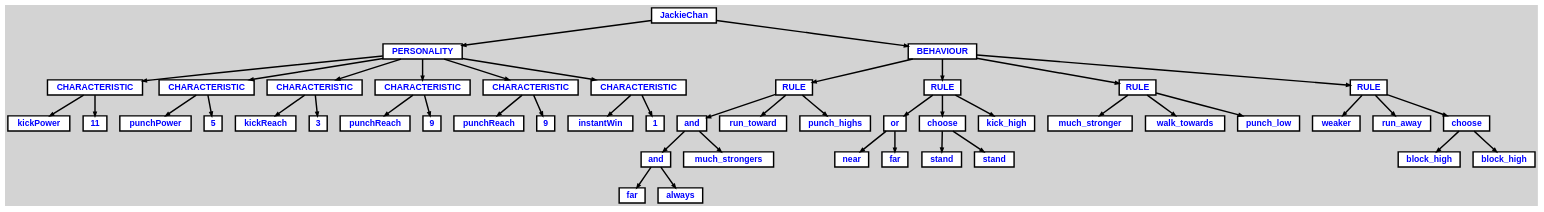
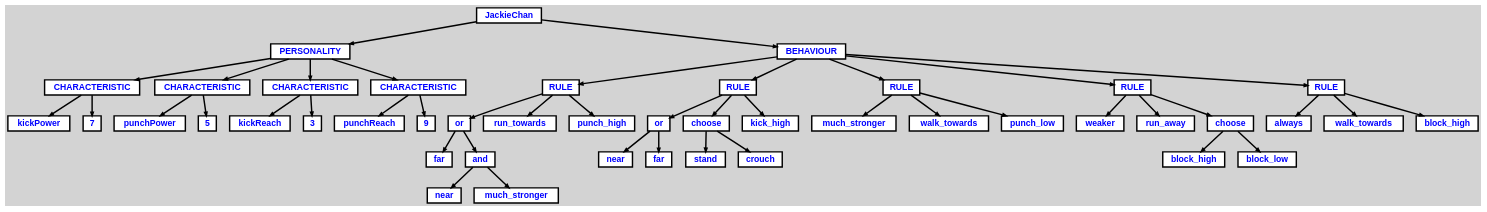
The diagram in mrjorrit/output/AST.dot (tvdstorm/sea-of-saf), drawn with Graphviz before and after one commit. The commit also changed 11 other files, not shown here.

```diff
--- a/mrjorrit/output/AST.dot
+++ b/mrjorrit/output/AST.dot
@@ -1,121 +1,116 @@
 digraph {
 
 	ordering=out;
 	ranksep=.4;
 	bgcolor="lightgrey"; node [shape=box, fixedsize=false, fontsize=12, fontname="Helvetica-bold", fontcolor="blue"
 		width=.25, height=.25, color="black", fillcolor="white", style="filled, solid, bold"];
 	edge [arrowsize=.5, color="black", style="bold"]
 
   n0 [label="JackieChan"];
   n1 [label="PERSONALITY"];
   n1 [label="PERSONALITY"];
   n2 [label="CHARACTERISTIC"];
   n2 [label="CHARACTERISTIC"];
   n3 [label="kickPower"];
-  n4 [label="11"];
+  n4 [label="7"];
   n5 [label="CHARACTERISTIC"];
   n5 [label="CHARACTERISTIC"];
   n6 [label="punchPower"];
   n7 [label="5"];
   n8 [label="CHARACTERISTIC"];
   n8 [label="CHARACTERISTIC"];
   n9 [label="kickReach"];
   n10 [label="3"];
   n11 [label="CHARACTERISTIC"];
   n11 [label="CHARACTERISTIC"];
   n12 [label="punchReach"];
   n13 [label="9"];
-  n14 [label="CHARACTERISTIC"];
-  n14 [label="CHARACTERISTIC"];
-  n15 [label="punchReach"];
-  n16 [label="9"];
-  n17 [label="CHARACTERISTIC"];
-  n17 [label="CHARACTERISTIC"];
-  n18 [label="instantWin"];
-  n19 [label="1"];
-  n20 [label="BEHAVIOUR"];
-  n20 [label="BEHAVIOUR"];
-  n21 [label="RULE"];
-  n21 [label="RULE"];
-  n22 [label="and"];
-  n22 [label="and"];
-  n23 [label="and"];
-  n23 [label="and"];
-  n24 [label="far"];
-  n25 [label="always"];
-  n26 [label="much_strongers"];
-  n27 [label="run_toward"];
-  n28 [label="punch_highs"];
-  n29 [label="RULE"];
-  n29 [label="RULE"];
-  n30 [label="or"];
-  n30 [label="or"];
-  n31 [label="near"];
-  n32 [label="far"];
-  n33 [label="choose"];
-  n33 [label="choose"];
-  n34 [label="stand"];
-  n35 [label="stand"];
-  n36 [label="kick_high"];
-  n37 [label="RULE"];
-  n37 [label="RULE"];
-  n38 [label="much_stronger"];
-  n39 [label="walk_towards"];
-  n40 [label="punch_low"];
+  n14 [label="BEHAVIOUR"];
+  n14 [label="BEHAVIOUR"];
+  n15 [label="RULE"];
+  n15 [label="RULE"];
+  n16 [label="or"];
+  n16 [label="or"];
+  n17 [label="far"];
+  n18 [label="and"];
+  n18 [label="and"];
+  n19 [label="near"];
+  n20 [label="much_stronger"];
+  n21 [label="run_towards"];
+  n22 [label="punch_high"];
+  n23 [label="RULE"];
+  n23 [label="RULE"];
+  n24 [label="or"];
+  n24 [label="or"];
+  n25 [label="near"];
+  n26 [label="far"];
+  n27 [label="choose"];
+  n27 [label="choose"];
+  n28 [label="stand"];
+  n29 [label="crouch"];
+  n30 [label="kick_high"];
+  n31 [label="RULE"];
+  n31 [label="RULE"];
+  n32 [label="much_stronger"];
+  n33 [label="walk_towards"];
+  n34 [label="punch_low"];
+  n35 [label="RULE"];
+  n35 [label="RULE"];
+  n36 [label="weaker"];
+  n37 [label="run_away"];
+  n38 [label="choose"];
+  n38 [label="choose"];
+  n39 [label="block_high"];
+  n40 [label="block_low"];
   n41 [label="RULE"];
   n41 [label="RULE"];
-  n42 [label="weaker"];
-  n43 [label="run_away"];
-  n44 [label="choose"];
-  n44 [label="choose"];
-  n45 [label="block_high"];
-  n46 [label="block_high"];
+  n42 [label="always"];
+  n43 [label="walk_towards"];
+  n44 [label="block_high"];
 
   n0 -> n1 // "JackieChan" -> "PERSONALITY"
   n1 -> n2 // "PERSONALITY" -> "CHARACTERISTIC"
   n2 -> n3 // "CHARACTERISTIC" -> "kickPower"
-  n2 -> n4 // "CHARACTERISTIC" -> "11"
+  n2 -> n4 // "CHARACTERISTIC" -> "7"
   n1 -> n5 // "PERSONALITY" -> "CHARACTERISTIC"
   n5 -> n6 // "CHARACTERISTIC" -> "punchPower"
   n5 -> n7 // "CHARACTERISTIC" -> "5"
   n1 -> n8 // "PERSONALITY" -> "CHARACTERISTIC"
   n8 -> n9 // "CHARACTERISTIC" -> "kickReach"
   n8 -> n10 // "CHARACTERISTIC" -> "3"
   n1 -> n11 // "PERSONALITY" -> "CHARACTERISTIC"
   n11 -> n12 // "CHARACTERISTIC" -> "punchReach"
   n11 -> n13 // "CHARACTERISTIC" -> "9"
-  n1 -> n14 // "PERSONALITY" -> "CHARACTERISTIC"
-  n14 -> n15 // "CHARACTERISTIC" -> "punchReach"
-  n14 -> n16 // "CHARACTERISTIC" -> "9"
-  n1 -> n17 // "PERSONALITY" -> "CHARACTERISTIC"
-  n17 -> n18 // "CHARACTERISTIC" -> "instantWin"
-  n17 -> n19 // "CHARACTERISTIC" -> "1"
-  n0 -> n20 // "JackieChan" -> "BEHAVIOUR"
-  n20 -> n21 // "BEHAVIOUR" -> "RULE"
-  n21 -> n22 // "RULE" -> "and"
-  n22 -> n23 // "and" -> "and"
-  n23 -> n24 // "and" -> "far"
-  n23 -> n25 // "and" -> "always"
-  n22 -> n26 // "and" -> "much_strongers"
-  n21 -> n27 // "RULE" -> "run_toward"
-  n21 -> n28 // "RULE" -> "punch_highs"
-  n20 -> n29 // "BEHAVIOUR" -> "RULE"
-  n29 -> n30 // "RULE" -> "or"
-  n30 -> n31 // "or" -> "near"
-  n30 -> n32 // "or" -> "far"
-  n29 -> n33 // "RULE" -> "choose"
-  n33 -> n34 // "choose" -> "stand"
-  n33 -> n35 // "choose" -> "stand"
-  n29 -> n36 // "RULE" -> "kick_high"
-  n20 -> n37 // "BEHAVIOUR" -> "RULE"
-  n37 -> n38 // "RULE" -> "much_stronger"
-  n37 -> n39 // "RULE" -> "walk_towards"
-  n37 -> n40 // "RULE" -> "punch_low"
-  n20 -> n41 // "BEHAVIOUR" -> "RULE"
-  n41 -> n42 // "RULE" -> "weaker"
-  n41 -> n43 // "RULE" -> "run_away"
-  n41 -> n44 // "RULE" -> "choose"
-  n44 -> n45 // "choose" -> "block_high"
-  n44 -> n46 // "choose" -> "block_high"
+  n0 -> n14 // "JackieChan" -> "BEHAVIOUR"
+  n14 -> n15 // "BEHAVIOUR" -> "RULE"
+  n15 -> n16 // "RULE" -> "or"
+  n16 -> n17 // "or" -> "far"
+  n16 -> n18 // "or" -> "and"
+  n18 -> n19 // "and" -> "near"
+  n18 -> n20 // "and" -> "much_stronger"
+  n15 -> n21 // "RULE" -> "run_towards"
+  n15 -> n22 // "RULE" -> "punch_high"
+  n14 -> n23 // "BEHAVIOUR" -> "RULE"
+  n23 -> n24 // "RULE" -> "or"
+  n24 -> n25 // "or" -> "near"
+  n24 -> n26 // "or" -> "far"
+  n23 -> n27 // "RULE" -> "choose"
+  n27 -> n28 // "choose" -> "stand"
+  n27 -> n29 // "choose" -> "crouch"
+  n23 -> n30 // "RULE" -> "kick_high"
+  n14 -> n31 // "BEHAVIOUR" -> "RULE"
+  n31 -> n32 // "RULE" -> "much_stronger"
+  n31 -> n33 // "RULE" -> "walk_towards"
+  n31 -> n34 // "RULE" -> "punch_low"
+  n14 -> n35 // "BEHAVIOUR" -> "RULE"
+  n35 -> n36 // "RULE" -> "weaker"
+  n35 -> n37 // "RULE" -> "run_away"
+  n35 -> n38 // "RULE" -> "choose"
+  n38 -> n39 // "choose" -> "block_high"
+  n38 -> n40 // "choose" -> "block_low"
+  n14 -> n41 // "BEHAVIOUR" -> "RULE"
+  n41 -> n42 // "RULE" -> "always"
+  n41 -> n43 // "RULE" -> "walk_towards"
+  n41 -> n44 // "RULE" -> "block_high"
 
 }
```
